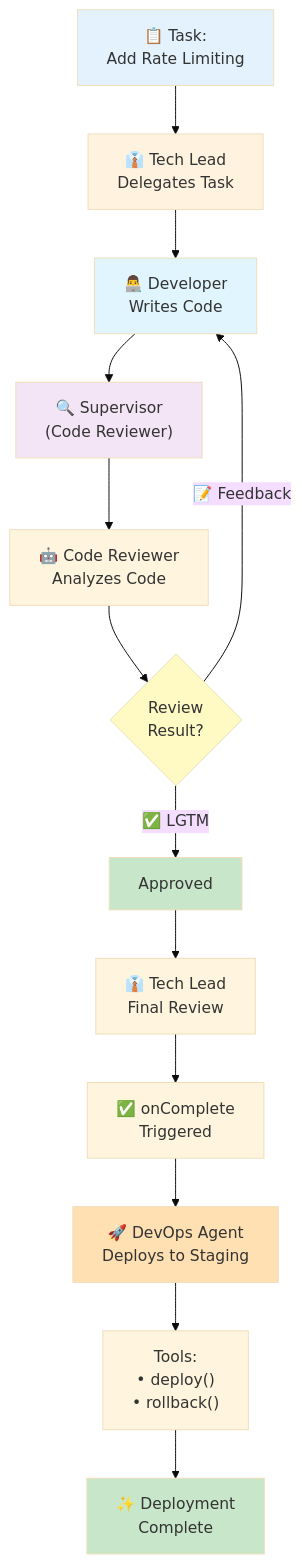
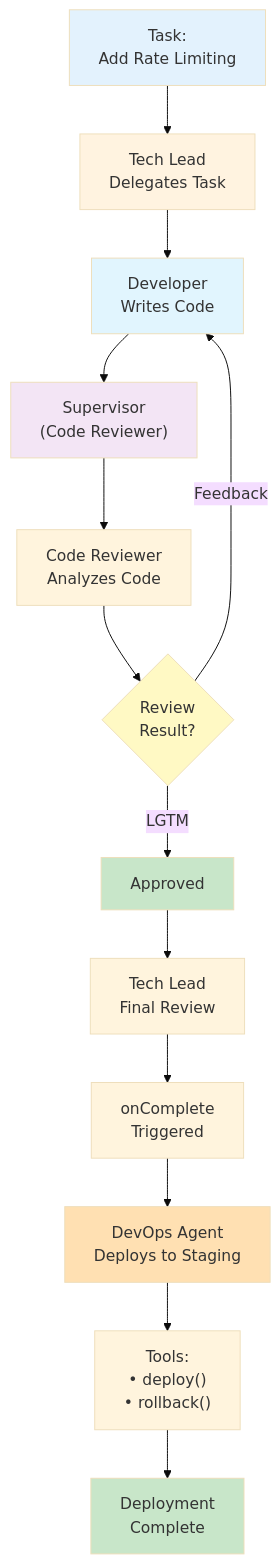
One commit to HelgeSverre/pagent changed the ninth of 9 diagrams in docs/orchestration-workflows.md. Above: the diagram before and after it, drawn with Mermaid (base theme). The commit also changed other lines of this file and 239 other files, not shown here.

````diff
--- a/docs/orchestration-workflows.md
+++ b/docs/orchestration-workflows.md
@@ -743,34 +745,34 @@
 ```mermaid
 flowchart TD
-    Task["📋 Task:<br/>Add Rate Limiting"] --> TechLead["👔 Tech Lead<br/>Delegates Task"]
+    Task["Task:<br/>Add Rate Limiting"] --> TechLead["Tech Lead<br/>Delegates Task"]
 
-    TechLead --> Developer["👨‍💻 Developer<br/>Writes Code"]
+    TechLead --> Developer[" Developer<br/>Writes Code"]
 
-    Developer --> Supervisor["🔍 Supervisor<br/>(Code Reviewer)"]
+    Developer --> Supervisor["Supervisor<br/>(Code Reviewer)"]
 
-    Supervisor --> Review["🤖 Code Reviewer<br/>Analyzes Code"]
+    Supervisor --> Review["Code Reviewer<br/>Analyzes Code"]
 
     Review --> ReviewDecision{Review<br/>Result?}
 
-    ReviewDecision -->|"✅ LGTM"| Approved["Approved"]
-    ReviewDecision -->|"📝 Feedback"| Developer
+    ReviewDecision -->|"LGTM"| Approved["Approved"]
+    ReviewDecision -->|"Feedback"| Developer
 
-    Approved --> TechLeadReview["👔 Tech Lead<br/>Final Review"]
+    Approved --> TechLeadReview["Tech Lead<br/>Final Review"]
 
-    TechLeadReview --> Callback["✅ onComplete<br/>Triggered"]
+    TechLeadReview --> Callback["onComplete<br/>Triggered"]
 
-    Callback --> DevOps["🚀 DevOps Agent<br/>Deploys to Staging"]
+    Callback --> DevOps["DevOps Agent<br/>Deploys to Staging"]
 
     DevOps --> Tools["Tools:<br/>• deploy()<br/>• rollback()"]
 
-    Tools --> Complete["✨ Deployment<br/>Complete"]
+    Tools --> Complete["Deployment<br/>Complete"]
 
     style Task fill:#e3f2fd
     style Complete fill:#c8e6c9
     style ReviewDecision fill:#fff9c4
     style Approved fill:#c8e6c9
     style TechLead fill:#fff3e0
     style Developer fill:#e1f5fe
     style Supervisor fill:#f3e5f5
     style DevOps fill:#ffe0b2
 ```
````
